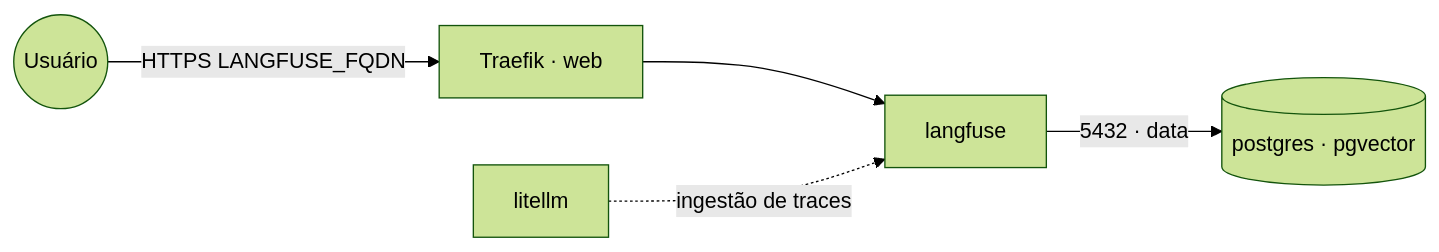
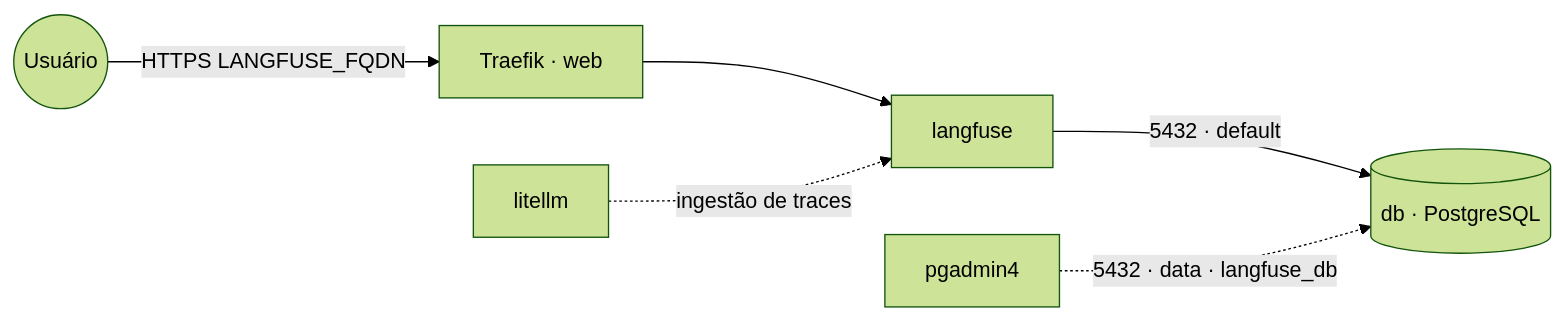
Before and after one commit to marcelofmatos/portainer-stacks: the diagram in langfuse/README.md, drawn with Mermaid (forest theme). The commit also changed other lines of this file and 23 other files, not shown here.

First line of the commit message:
Refactor stacks to use embedded PostgreSQL instead of shared instances

````diff
--- a/langfuse/README.md
+++ b/langfuse/README.md
@@ -12,7 +15,8 @@
 ```mermaid
 flowchart LR
     user((Usuário)) -->|HTTPS LANGFUSE_FQDN| traefik[Traefik · web]
     traefik --> lf[langfuse]
-    lf -->|5432 · data| pg[(postgres · pgvector)]
+    lf -->|5432 · default| db[(db · PostgreSQL)]
+    pg[pgadmin4] -.->|5432 · data · langfuse_db| db
     litellm[litellm] -.->|ingestão de traces| lf
 ```
````
